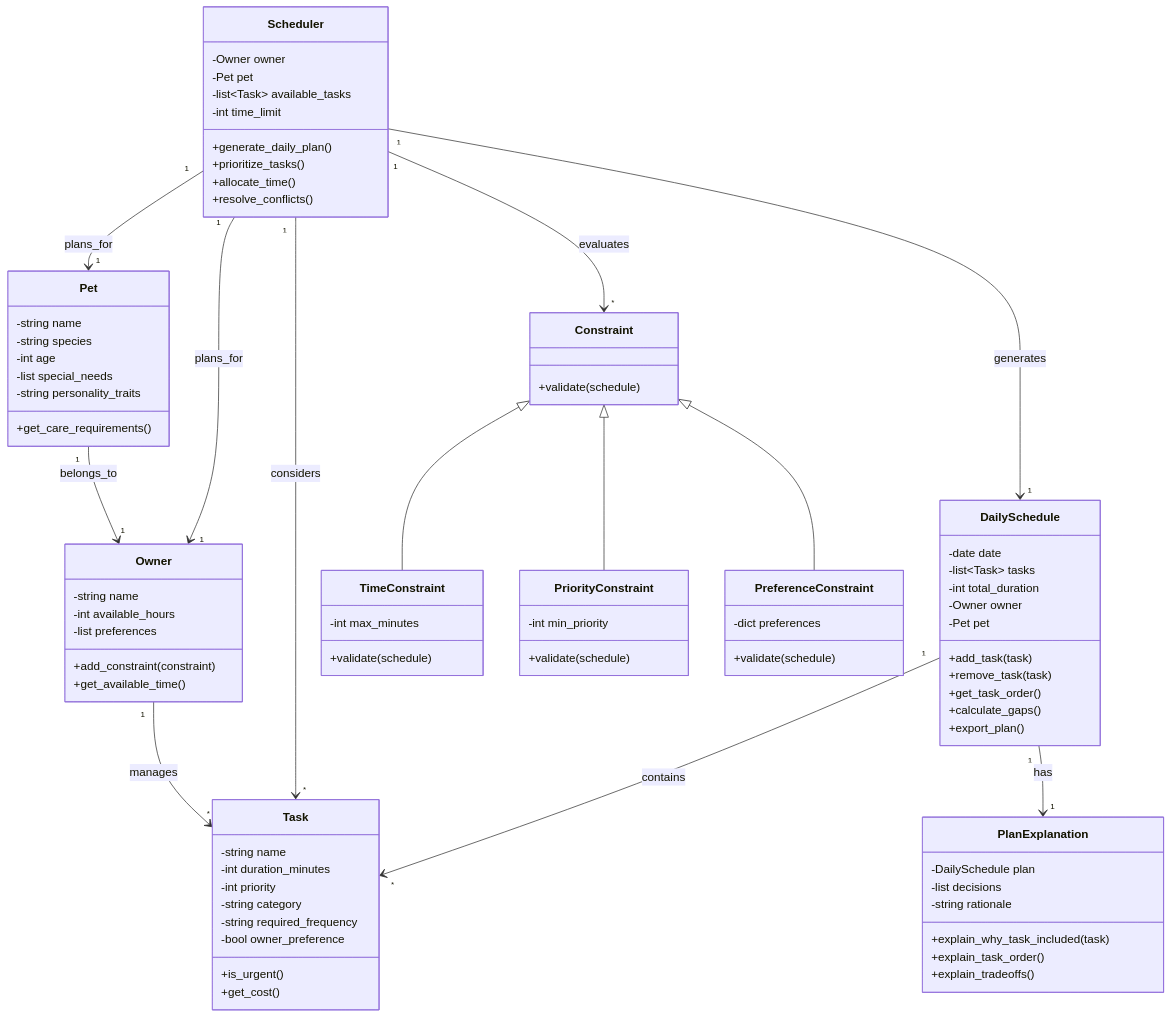
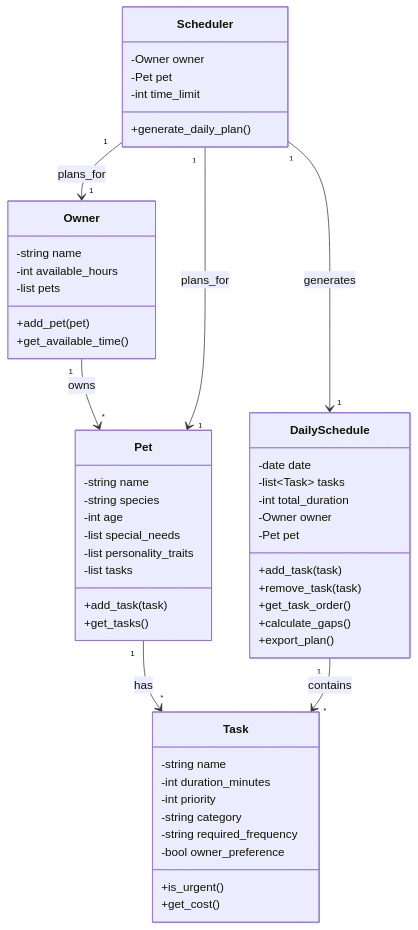
Before and after one commit to ntadom-samuel/ai110-module2show-pawpal-starter: the diagram in pawpal_class_diagram.md, drawn with Mermaid. The commit also changed 3 other files, not shown here.

````diff
--- a/pawpal_class_diagram.md
+++ b/pawpal_class_diagram.md
@@ -5,8 +5,8 @@
     class Owner {
         -string name
         -int available_hours
-        -list preferences
-        +add_constraint(constraint)
+        -list pets
+        +add_pet(pet)
         +get_available_time()
     }
 
@@ -15,8 +15,10 @@
         -string species
         -int age
         -list special_needs
-        -string personality_traits
-        +get_care_requirements()
+        -list personality_traits
+        -list tasks
+        +add_task(task)
+        +get_tasks()
     }
 
     class Task {
@@ -46,53 +48,15 @@
     class Scheduler {
         -Owner owner
         -Pet pet
-        -list~Task~ available_tasks
         -int time_limit
         +generate_daily_plan()
-        +prioritize_tasks()
-        +allocate_time()
-        +resolve_conflicts()
-    }
-
-    class PlanExplanation {
-        -DailySchedule plan
-        -list decisions
-        -string rationale
-        +explain_why_task_included(task)
-        +explain_task_order()
-        +explain_tradeoffs()
-    }
-
-    class Constraint {
-        +validate(schedule)
-    }
-
-    class TimeConstraint {
-        -int max_minutes
-        +validate(schedule)
-    }
-
-    class PriorityConstraint {
-        -int min_priority
-        +validate(schedule)
-    }
-
-    class PreferenceConstraint {
-        -dict preferences
-        +validate(schedule)
     }
 
     %% Relationships
-    Owner "1" --> "*" Task : manages
-    Pet "1" --> "1" Owner : belongs_to
+    Owner "1" --> "*" Pet : owns
+    Pet "1" --> "*" Task : has
     Scheduler "1" --> "1" Owner : plans_for
     Scheduler "1" --> "1" Pet : plans_for
-    Scheduler "1" --> "*" Task : considers
     Scheduler "1" --> "1" DailySchedule : generates
     DailySchedule "1" --> "*" Task : contains
-    DailySchedule "1" --> "1" PlanExplanation : has
-    Constraint <|-- TimeConstraint
-    Constraint <|-- PriorityConstraint
-    Constraint <|-- PreferenceConstraint
-    Scheduler "1" --> "*" Constraint : evaluates
 ```
````
